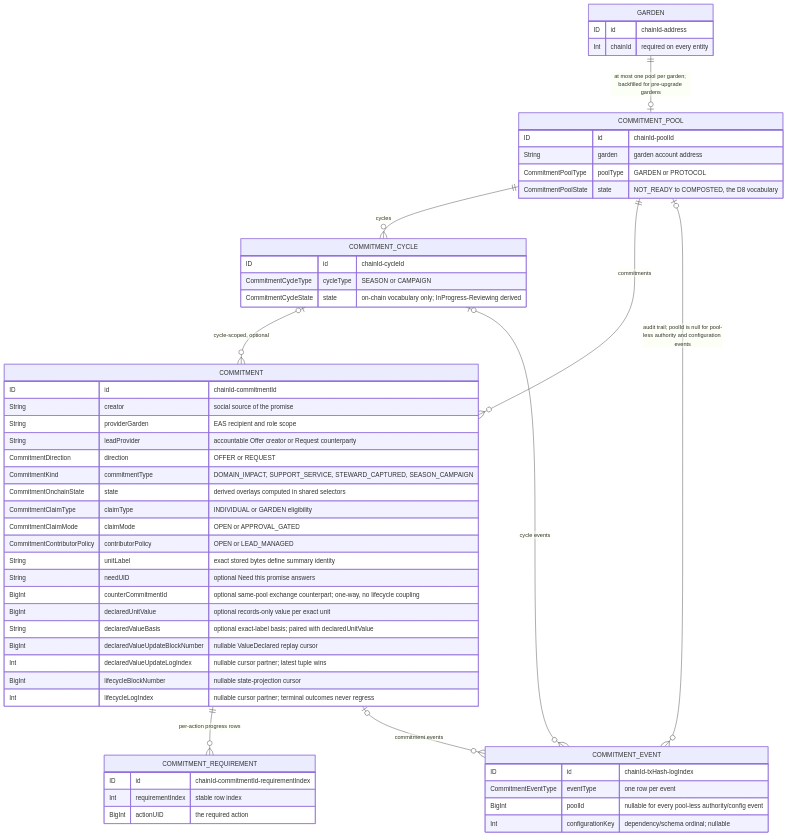
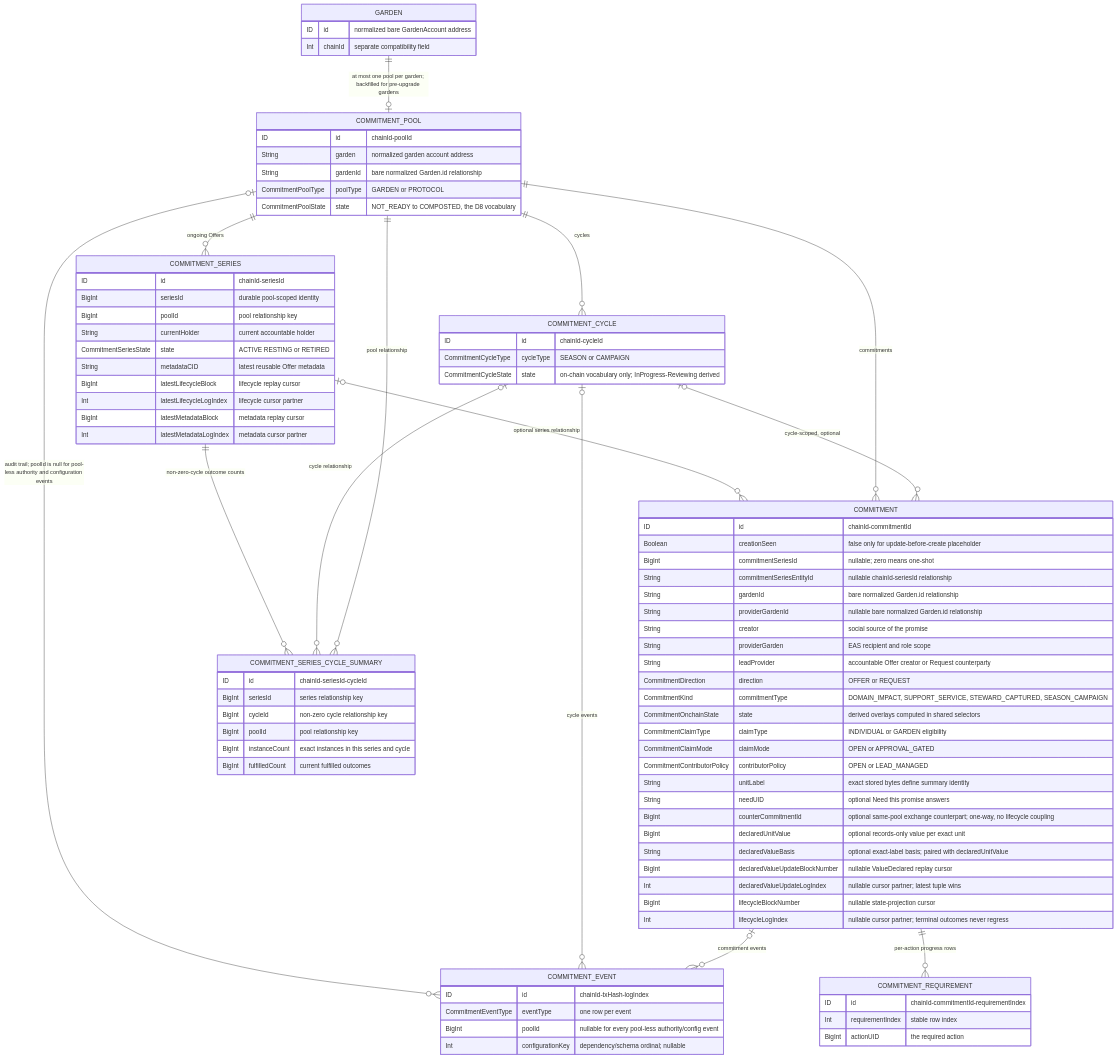
Before and after one commit to greenpill-dev-guild/green-goods: diagram 23 of 40 in .plans/active/commitment-pooling/diagrams.md, drawn with Mermaid. The commit also changed other lines of this file and 1 other file, not shown here.

First line of the commit message:
fix(indexer): align D15 entity map

```diff
--- a/.plans/active/commitment-pooling/diagrams.md
+++ b/.plans/active/commitment-pooling/diagrams.md
@@ -1181,6 +1189,11 @@
 erDiagram
   GARDEN ||--o| COMMITMENT_POOL : "at most one pool per garden; backfilled for pre-upgrade gardens"
   COMMITMENT_POOL ||--o{ COMMITMENT_CYCLE : "cycles"
+  COMMITMENT_POOL ||--o{ COMMITMENT_SERIES : "ongoing Offers"
+  COMMITMENT_SERIES |o--o{ COMMITMENT : "optional series relationship"
+  COMMITMENT_SERIES ||--o{ COMMITMENT_SERIES_CYCLE_SUMMARY : "non-zero-cycle outcome counts"
+  COMMITMENT_CYCLE |o--o{ COMMITMENT_SERIES_CYCLE_SUMMARY : "cycle relationship"
+  COMMITMENT_POOL ||--o{ COMMITMENT_SERIES_CYCLE_SUMMARY : "pool relationship"
   COMMITMENT_POOL ||--o{ COMMITMENT : "commitments"
   COMMITMENT_CYCLE |o--o{ COMMITMENT : "cycle-scoped, optional"
   COMMITMENT ||--o{ COMMITMENT_REQUIREMENT : "per-action progress rows"
@@ -1189,13 +1202,14 @@
   COMMITMENT |o--o{ COMMITMENT_EVENT : "commitment events"
 
   GARDEN {
-    ID id "chainId-address"
-    Int chainId "required on every entity"
+    ID id "normalized bare GardenAccount address"
+    Int chainId "separate compatibility field"
   }
 
   COMMITMENT_POOL {
     ID id "chainId-poolId"
-    String garden "garden account address"
+    String garden "normalized garden account address"
+    String gardenId "bare normalized Garden.id relationship"
     CommitmentPoolType poolType "GARDEN or PROTOCOL"
     CommitmentPoolState state "NOT_READY to COMPOSTED, the D8 vocabulary"
   }
@@ -1206,8 +1220,35 @@
     CommitmentCycleState state "on-chain vocabulary only; InProgress-Reviewing derived"
   }
 
+  COMMITMENT_SERIES {
+    ID id "chainId-seriesId"
+    BigInt seriesId "durable pool-scoped identity"
+    BigInt poolId "pool relationship key"
+    String currentHolder "current accountable holder"
+    CommitmentSeriesState state "ACTIVE RESTING or RETIRED"
+    String metadataCID "latest reusable Offer metadata"
+    BigInt latestLifecycleBlock "lifecycle replay cursor"
+    Int latestLifecycleLogIndex "lifecycle cursor partner"
+    BigInt latestMetadataBlock "metadata replay cursor"
+    Int latestMetadataLogIndex "metadata cursor partner"
+  }
+
+  COMMITMENT_SERIES_CYCLE_SUMMARY {
+    ID id "chainId-seriesId-cycleId"
+    BigInt seriesId "series relationship key"
+    BigInt cycleId "non-zero cycle relationship key"
+    BigInt poolId "pool relationship key"
+    BigInt instanceCount "exact instances in this series and cycle"
+    BigInt fulfilledCount "current fulfilled outcomes"
+  }
+
   COMMITMENT {
     ID id "chainId-commitmentId"
+    Boolean creationSeen "false only for update-before-create placeholder"
+    BigInt commitmentSeriesId "nullable; zero means one-shot"
+    String commitmentSeriesEntityId "nullable chainId-seriesId relationship"
+    String gardenId "bare normalized Garden.id relationship"
+    String providerGardenId "nullable bare normalized Garden.id relationship"
     String creator "social source of the promise"
     String providerGarden "EAS recipient and role scope"
     String leadProvider "accountable Offer creator or Request counterparty"
```
